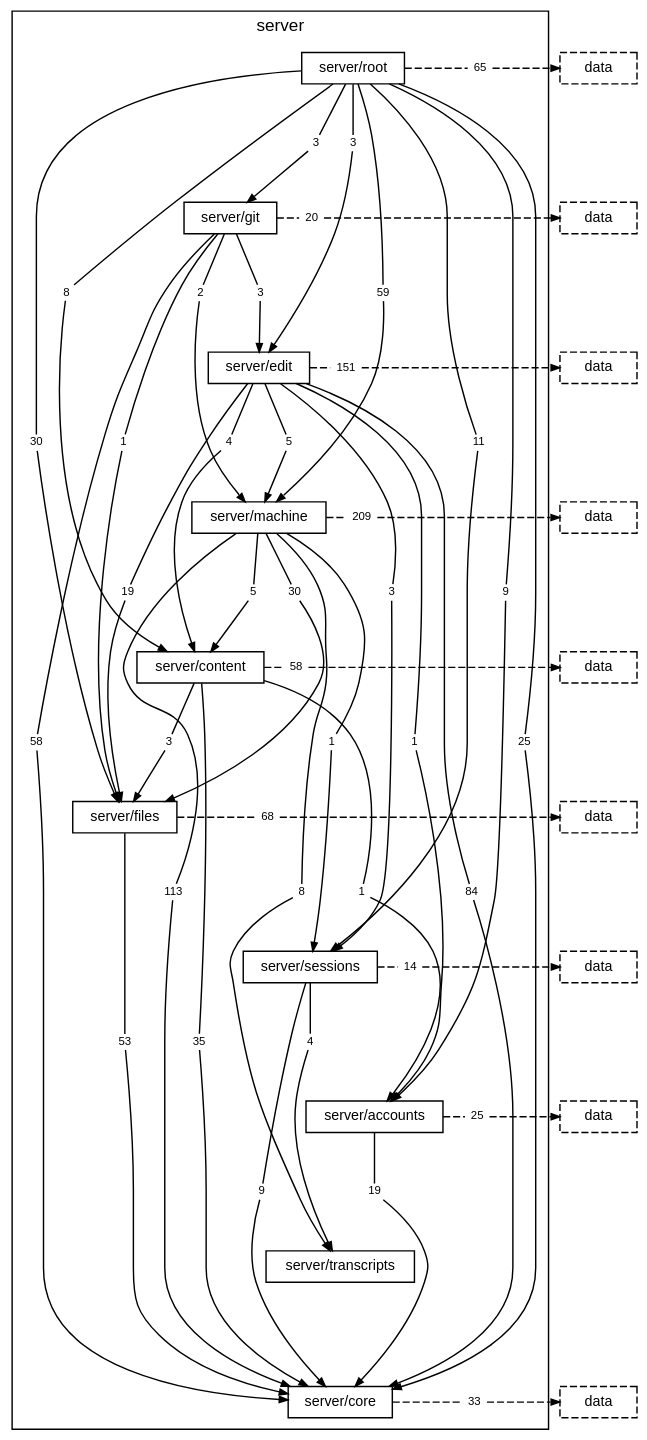
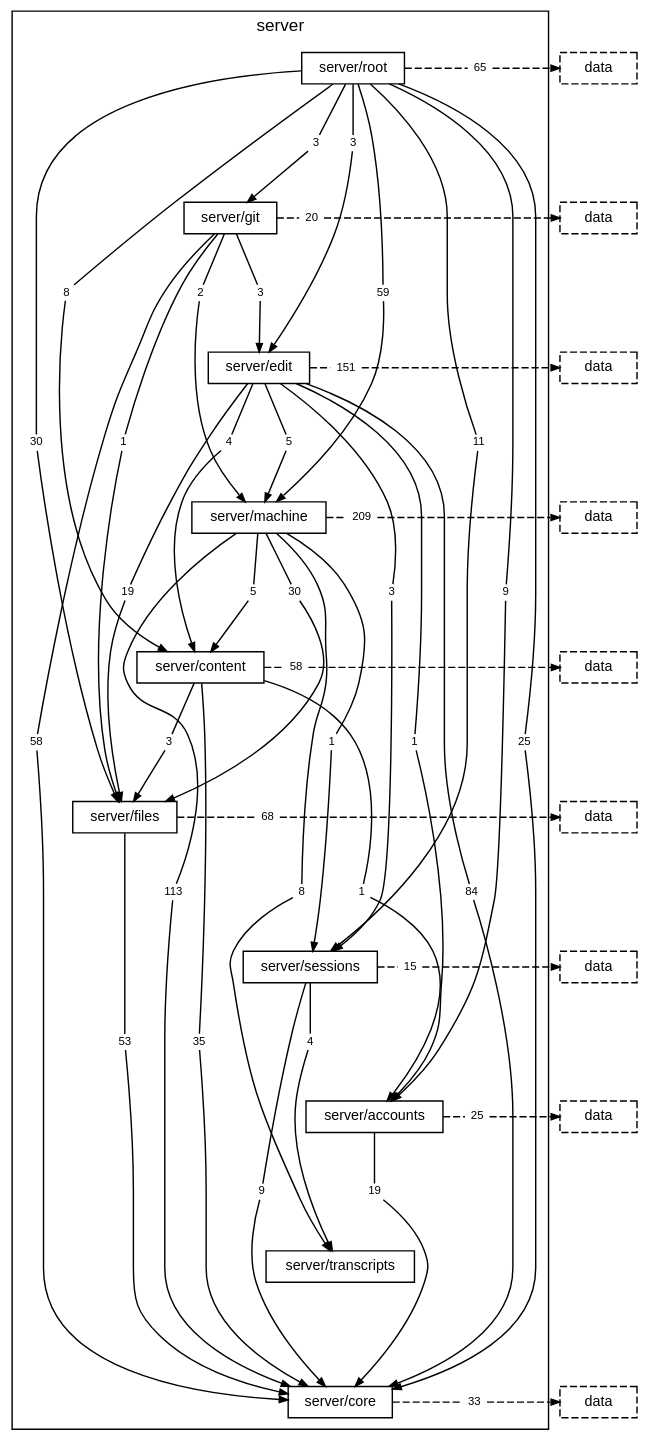
One commit to TheAxeC/oculus changed the diagram in docs/diagrams/layer-server.dot. Above: the diagram before and after it, drawn with Graphviz. The commit also changed 18 other files, not shown here.

```diff
--- a/docs/diagrams/layer-server.dot
+++ b/docs/diagrams/layer-server.dot
@@ -49,7 +49,7 @@
         "folder server/files to layer data" [label="68", shape=box, color="transparent", fontsize=8, width=0, height=0, margin="0.04,0.02"];
         "folder server/sessions to folder server/core" [label="9", shape=box, color="transparent", fontsize=8, width=0, height=0, margin="0.04,0.02"];
         "folder server/sessions to folder server/transcripts" [label="4", shape=box, color="transparent", fontsize=8, width=0, height=0, margin="0.04,0.02"];
-        "folder server/sessions to layer data" [label="14", shape=box, color="transparent", fontsize=8, width=0, height=0, margin="0.04,0.02"];
+        "folder server/sessions to layer data" [label="15", shape=box, color="transparent", fontsize=8, width=0, height=0, margin="0.04,0.02"];
         "folder server/accounts to folder server/core" [label="19", shape=box, color="transparent", fontsize=8, width=0, height=0, margin="0.04,0.02"];
         "folder server/accounts to layer data" [label="25", shape=box, color="transparent", fontsize=8, width=0, height=0, margin="0.04,0.02"];
         "folder server/core to layer data" [label="33", shape=box, color="transparent", fontsize=8, width=0, height=0, margin="0.04,0.02"];
```
